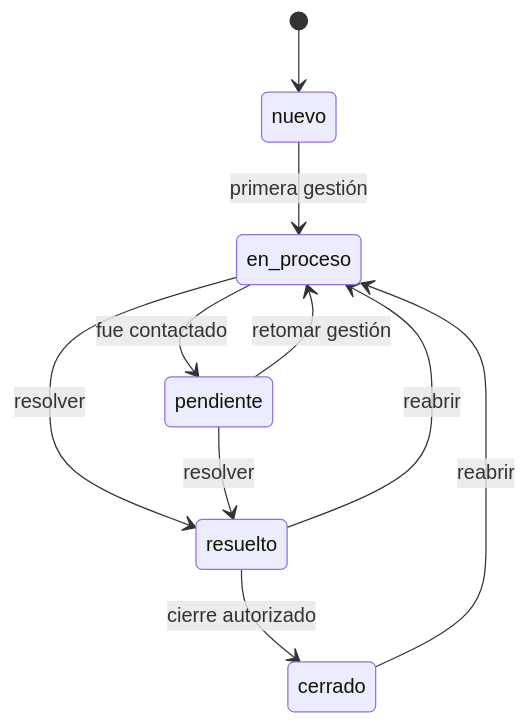
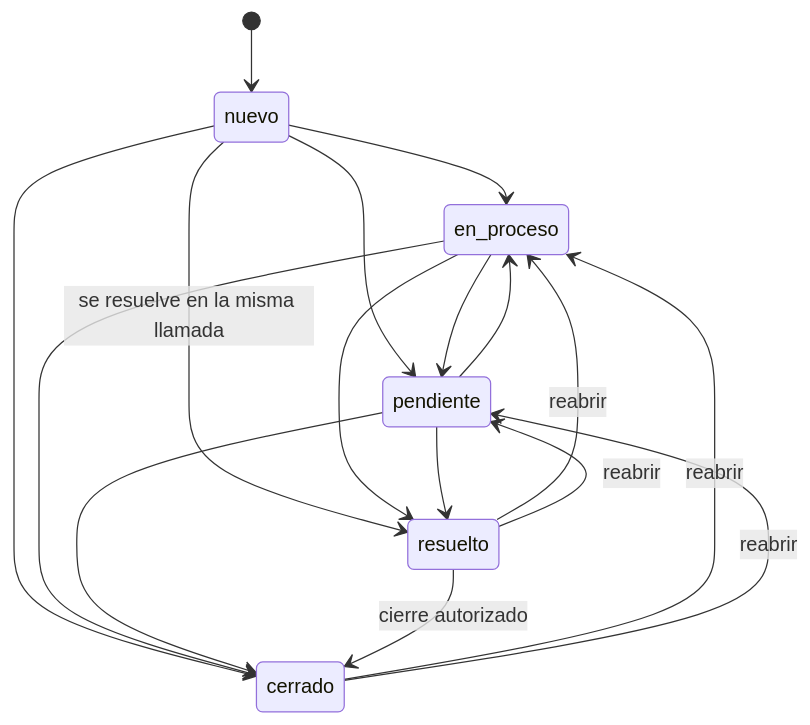
Before and after one commit to marianoLaclau/ticketsAdmin: diagram 12 of 14 in docs/ARQUITECTURA.MD, drawn with Mermaid. The commit also changed other lines of this file and 17 other files, not shown here.

````diff
--- a/docs/ARQUITECTURA.MD
+++ b/docs/ARQUITECTURA.MD
@@ -623,12 +627,19 @@
 ```mermaid
 stateDiagram-v2
     [*] --> nuevo
-    nuevo --> en_proceso: primera gestión
-    en_proceso --> pendiente: fue contactado
-    pendiente --> en_proceso: retomar gestión
-    en_proceso --> resuelto: resolver
-    pendiente --> resuelto: resolver
+    nuevo --> en_proceso
+    nuevo --> pendiente
+    nuevo --> resuelto: se resuelve en la misma llamada
+    nuevo --> cerrado
+    en_proceso --> pendiente
+    en_proceso --> resuelto
+    en_proceso --> cerrado
+    pendiente --> en_proceso
+    pendiente --> resuelto
+    pendiente --> cerrado
     resuelto --> cerrado: cierre autorizado
     resuelto --> en_proceso: reabrir
+    resuelto --> pendiente: reabrir
     cerrado --> en_proceso: reabrir
+    cerrado --> pendiente: reabrir
 ```
````
